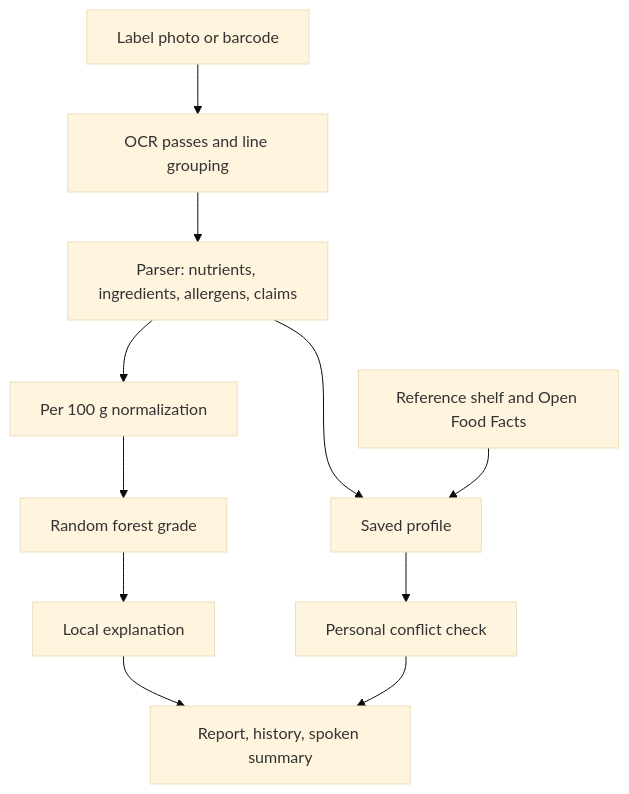
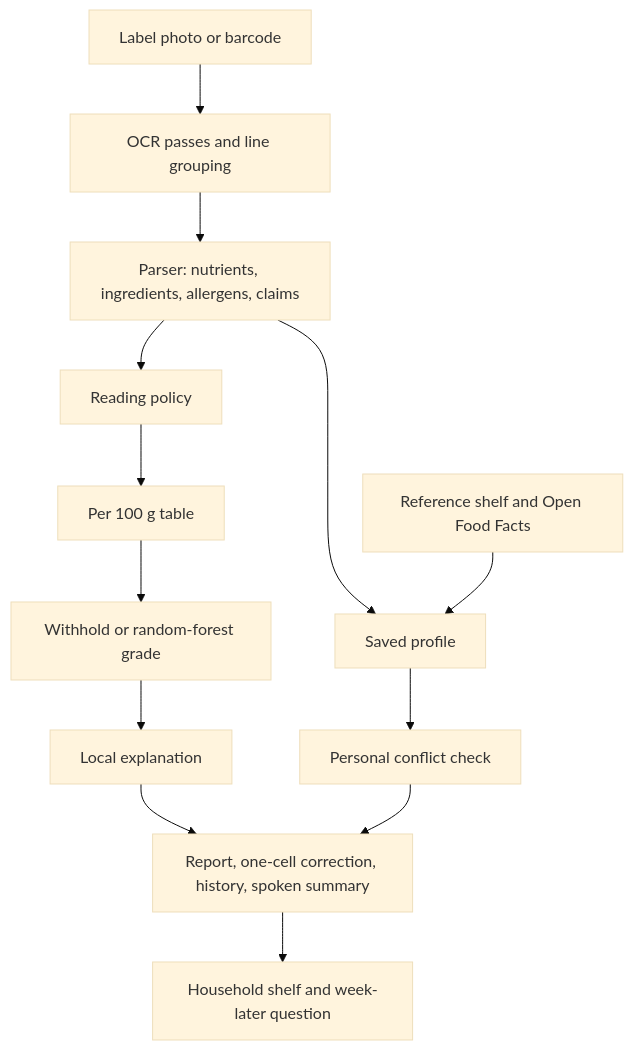
The diagram in docs/research/NUTRILENS_PAPER.md (LovelySharma-dev/NutriLens), drawn with Mermaid (base theme) before and after one commit. The commit also changed other lines of this file and 90 other files, not shown here.

````diff
--- a/docs/research/NUTRILENS_PAPER.md
+++ b/docs/research/NUTRILENS_PAPER.md
@@ -43,13 +50,15 @@
 ```mermaid
 flowchart TD
     A["Label photo or barcode"] --> B["OCR passes and line grouping"]
     B --> C["Parser: nutrients, ingredients, allergens, claims"]
-    C --> D["Per 100 g normalization"]
-    D --> E["Random forest grade"]
-    E --> F["Local explanation"]
-    C --> G["Saved profile"]
-    G --> H["Personal conflict check"]
-    F --> I["Report, history, spoken summary"]
-    H --> I
-    J["Reference shelf and Open Food Facts"] --> G
+    C --> D["Reading policy"]
+    D --> E["Per 100 g table"]
+    E --> F["Withhold or random-forest grade"]
+    F --> G["Local explanation"]
+    C --> H["Saved profile"]
+    H --> I["Personal conflict check"]
+    G --> J["Report, one-cell correction, history, spoken summary"]
+    I --> J
+    J --> K["Household shelf and week-later question"]
+    L["Reference shelf and Open Food Facts"] --> H
 ```
````
